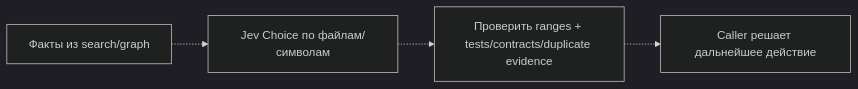
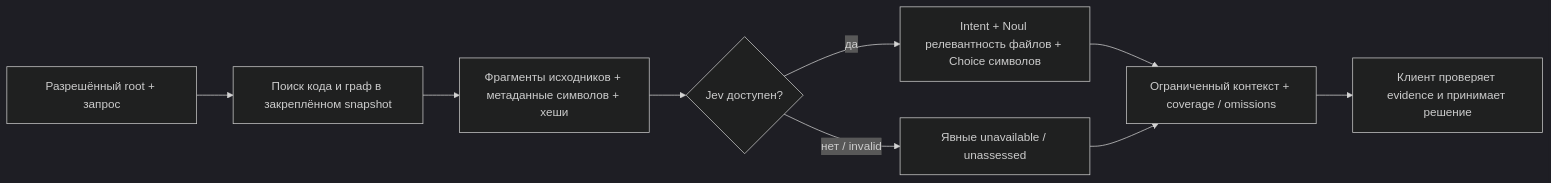
Before and after one commit to zoomplus/zorya-search: the fourth of 4 diagrams in src/context/README.md, drawn with Mermaid (dark theme). The commit also changed other lines of this file and 18 other files, not shown here.

Commit message:
docs(search): explain Jev reuse flow and caller-controlled integration

````diff
--- a/src/context/README.md
+++ b/src/context/README.md
@@ -64,6 +68,11 @@
 ```mermaid
 flowchart LR
- ra["Факты из search/graph"] -.-> rb["Jev Choice по файлам/символам"]
- rb -.-> rc["Проверить ranges + tests/contracts/duplicate evidence"]
- rc -.-> rd["Caller решает дальнейшее действие"]
+ ra["Разрешённый root + запрос"] --> rb["Поиск кода и граф в закреплённом snapshot"]
+ rb --> rc["Фрагменты исходников + метаданные символов + хеши"]
+ rc --> rd{"Jev доступен?"}
+ rd -->|"да"| re["Intent + Noul релевантность файлов + Choice символов"]
+ rd -->|"нет / invalid"| rf["Явные unavailable / unassessed"]
+ re --> rg["Ограниченный контекст + coverage / omissions"]
+ rf --> rg
+ rg --> rh["Клиент проверяет evidence и принимает решение"]
 ```
````
